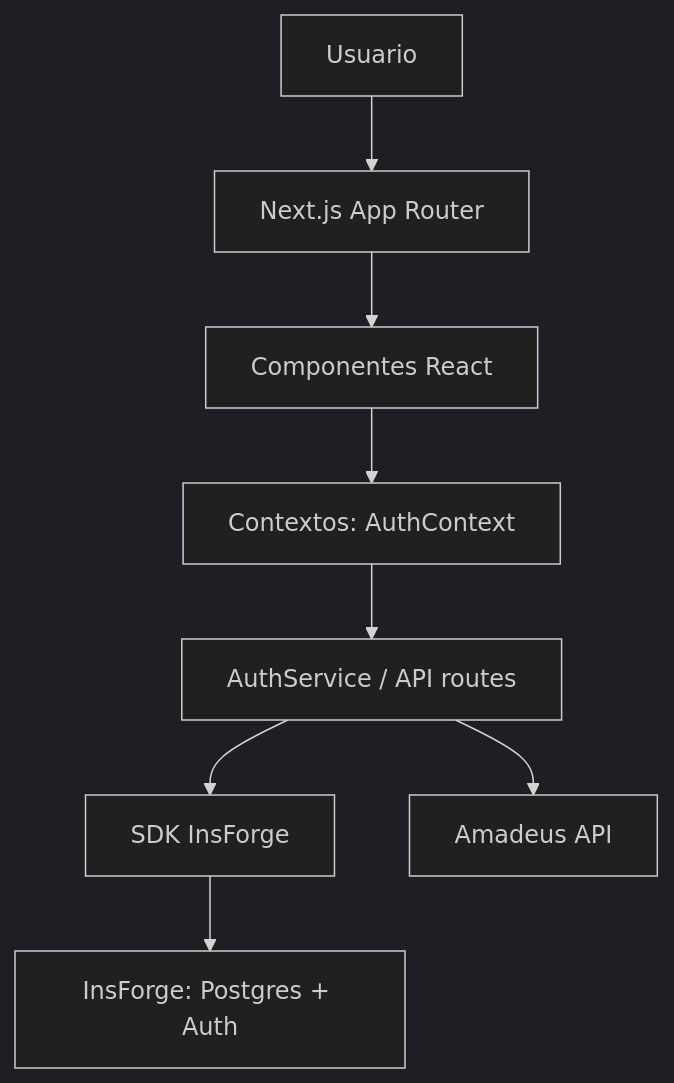
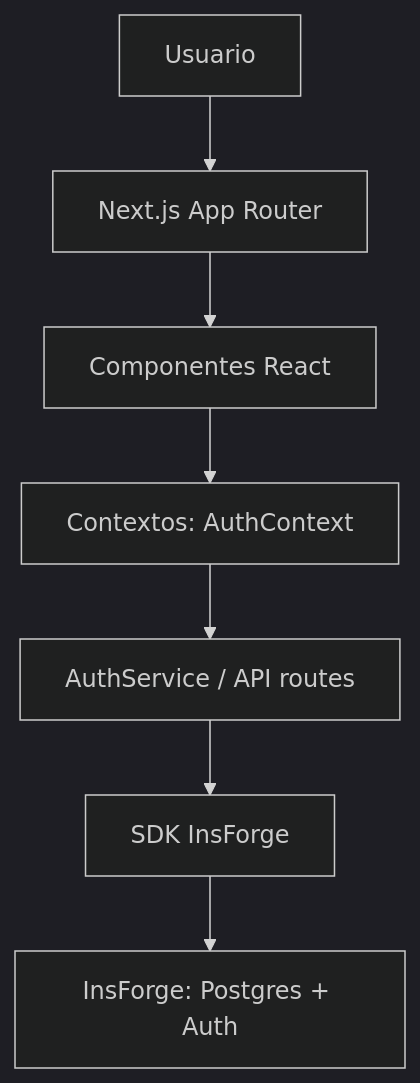
Before and after one commit to PabloJustDevelops/Proyecto-TravelPal-App-de-Viajes: the diagram in docs/ARCHITECTURE.md, drawn with Mermaid (dark theme). The commit also changed other lines of this file and 13 other files, not shown here.

````diff
--- a/docs/ARCHITECTURE.md
+++ b/docs/ARCHITECTURE.md
@@ -44,10 +43,9 @@
 ```mermaid
 graph TB
     A[Usuario] --> B[Next.js App Router]
     B --> C[Componentes React]
     C --> D[Contextos: AuthContext]
     D --> E[AuthService / API routes]
     E --> F[SDK InsForge]
     F --> G[InsForge: Postgres + Auth]
-    E --> H[Amadeus API]
 ```
````
